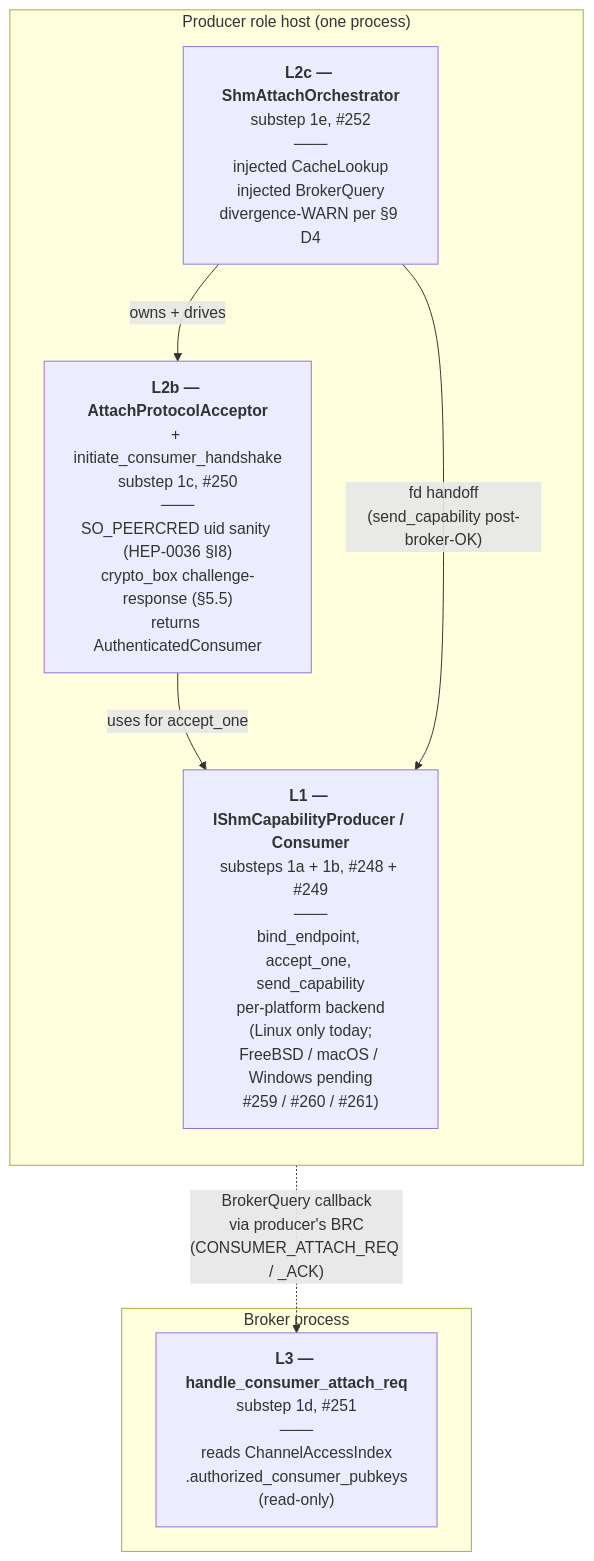
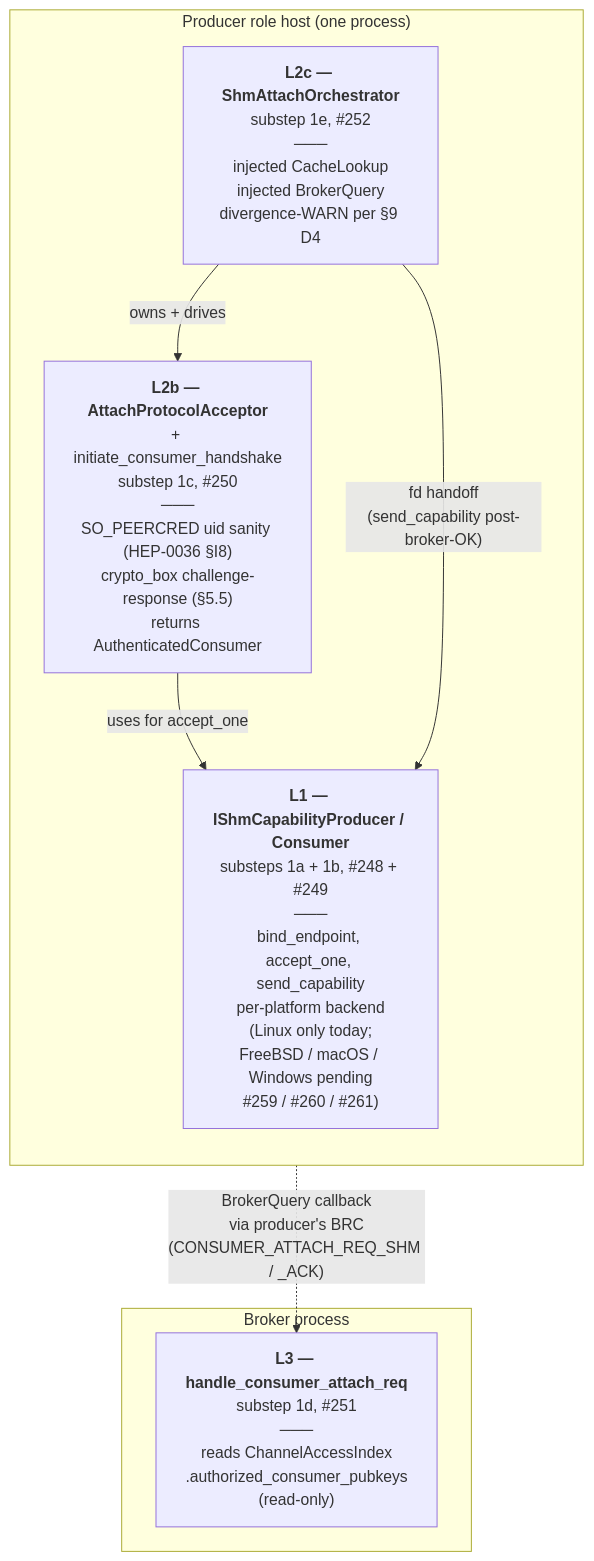
Before and after one commit to Qing-LAB/pylabhub: the third of 5 diagrams in docs/HEP/HEP-CORE-0041-SHM-Channel-Auth.md, drawn with Mermaid. The commit also changed other lines of this file and 23 other files, not shown here.

````diff
--- a/docs/HEP/HEP-CORE-0041-SHM-Channel-Auth.md
+++ b/docs/HEP/HEP-CORE-0041-SHM-Channel-Auth.md
@@ -517,18 +517,18 @@
 ```mermaid
 flowchart TB
     subgraph Prod ["Producer role host (one process)"]
         direction TB
         L2c["<b>L2c — ShmAttachOrchestrator</b><br/>substep 1e, #252<br/>───<br/>injected CacheLookup<br/>injected BrokerQuery<br/>divergence-WARN per §9 D4"]
         L2b["<b>L2b — AttachProtocolAcceptor</b><br/>+ initiate_consumer_handshake<br/>substep 1c, #250<br/>───<br/>SO_PEERCRED uid sanity (HEP-0036 §I8)<br/>crypto_box challenge-response (§5.5)<br/>returns AuthenticatedConsumer"]
         L1["<b>L1 — IShmCapabilityProducer / Consumer</b><br/>substeps 1a + 1b, #248 + #249<br/>───<br/>bind_endpoint, accept_one, send_capability<br/>per-platform backend<br/>(Linux only today;<br/>FreeBSD / macOS / Windows pending<br/>#259 / #260 / #261)"]
         L2c -->|owns + drives| L2b
         L2b -->|uses for accept_one| L1
         L2c -->|"fd handoff<br/>(send_capability post-broker-OK)"| L1
     end
 
     subgraph Brk ["Broker process"]
         L3["<b>L3 — handle_consumer_attach_req</b><br/>substep 1d, #251<br/>───<br/>reads ChannelAccessIndex<br/>.authorized_consumer_pubkeys<br/>(read-only)"]
     end
 
-    L2c -.->|"BrokerQuery callback<br/>via producer's BRC<br/>(CONSUMER_ATTACH_REQ / _ACK)"| L3
+    L2c -.->|"BrokerQuery callback<br/>via producer's BRC<br/>(CONSUMER_ATTACH_REQ_SHM / _ACK)"| L3
 ```
````
